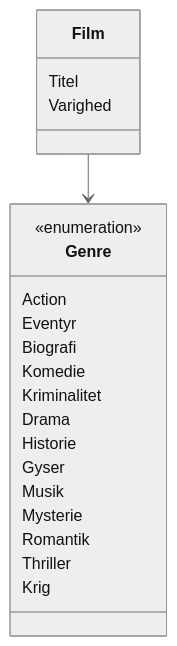
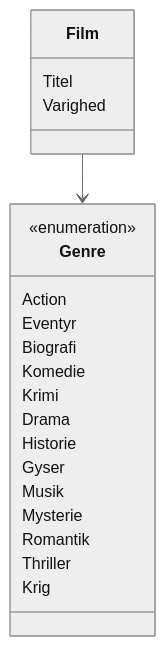
Before and after one commit to DMOoF25/TheMovie: the diagram in docs/DomainModel.mmd, drawn with Mermaid (neutral theme).

Commit message:
Fix spilling error Kriminalitet to Krimi

```diff
--- a/docs/DomainModel.mmd
+++ b/docs/DomainModel.mmd
@@ -1,24 +1,24 @@
 classDiagram
     class Film {
         Titel
         Varighed
     }
 
     class Genre {
         <<enumeration>>
         Action
         Eventyr
         Biografi
         Komedie
-        Kriminalitet
+        Krimi
         Drama
         Historie
         Gyser
         Musik
         Mysterie
         Romantik
         Thriller
         Krig
     }
 
     Film --> Genre
```
